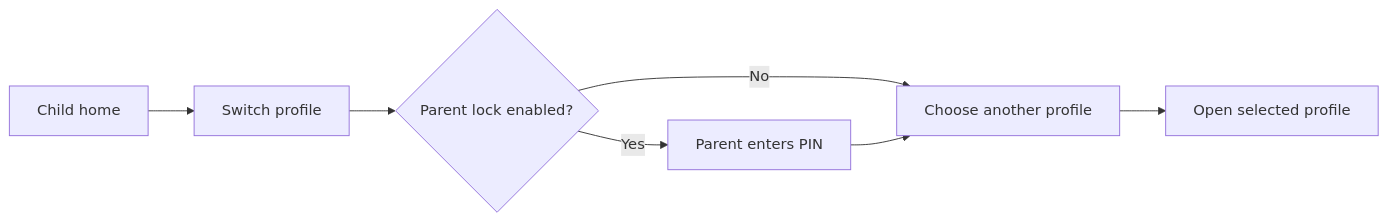
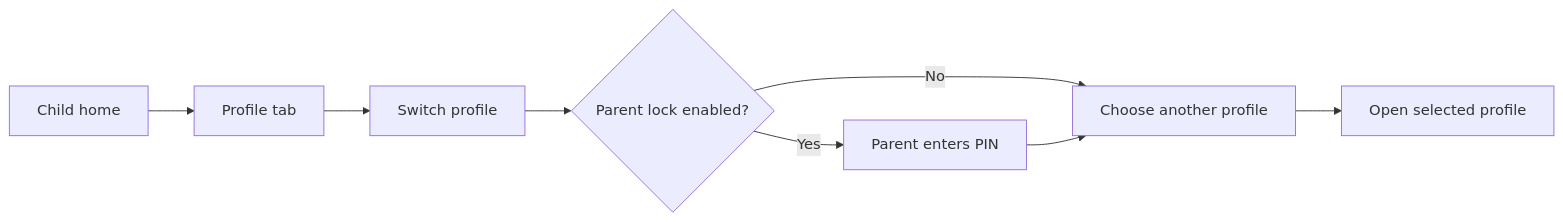
The third of 5 diagrams in USER_FLOW.md (muhauliafirmansyah/NewPipe-Kids), drawn with Mermaid before and after one commit. The commit also changed other lines of this file and 20 other files, not shown here.

````diff
--- a/USER_FLOW.md
+++ b/USER_FLOW.md
@@ -61,9 +64,10 @@
 ```mermaid
 flowchart LR
-    A[Child home] --> B[Switch profile]
+    A[Child home] --> P[Profile tab]
+    P --> B[Switch profile]
     B --> C{Parent lock enabled?}
     C -->|No| D[Choose another profile]
     C -->|Yes| E[Parent enters PIN]
     E --> D
     D --> F[Open selected profile]
 ```
````
